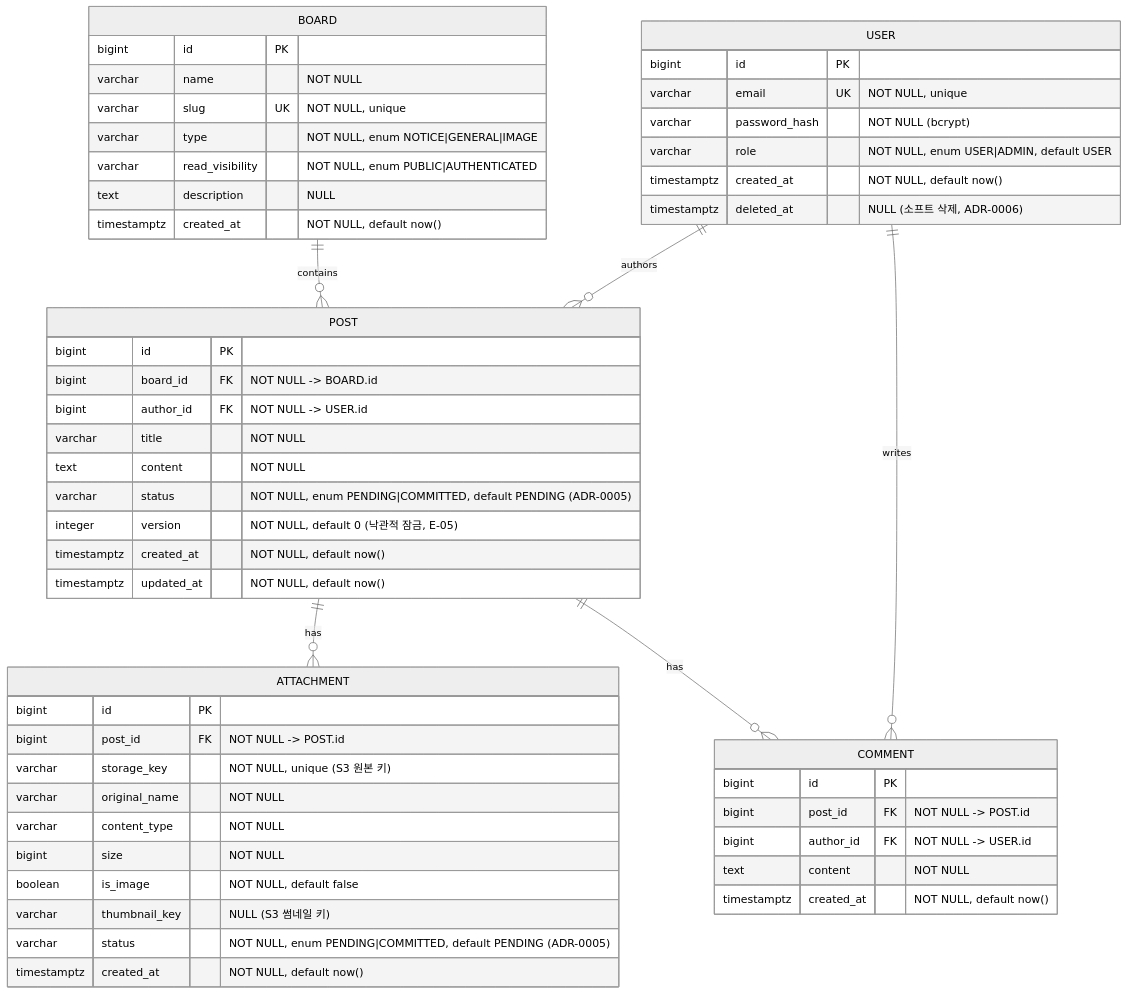
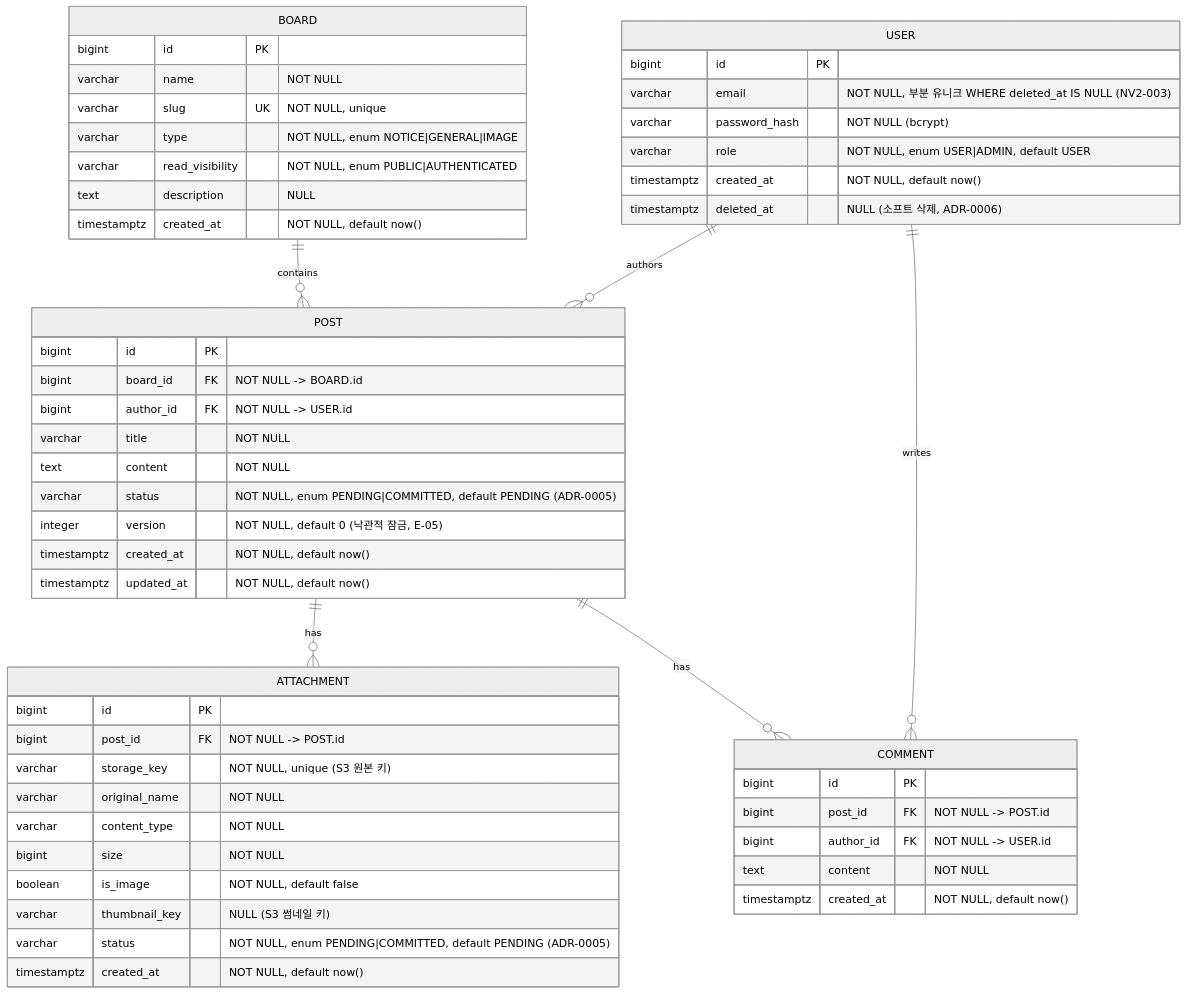
The diagram in docs/architecture/db-schema.md (dalli/boards), drawn with Mermaid (neutral theme) before and after one commit. The commit also changed other lines of this file and 7 other files, not shown here.

````diff
--- a/docs/architecture/db-schema.md
+++ b/docs/architecture/db-schema.md
@@ -5,56 +5,56 @@
 ```mermaid
 erDiagram
   USER ||--o{ POST : authors
   USER ||--o{ COMMENT : writes
   BOARD ||--o{ POST : contains
   POST ||--o{ ATTACHMENT : has
   POST ||--o{ COMMENT : has
 
   USER {
     bigint id PK
-    varchar email UK "NOT NULL, unique"
+    varchar email "NOT NULL, 부분 유니크 WHERE deleted_at IS NULL (NV2-003)"
     varchar password_hash "NOT NULL (bcrypt)"
     varchar role "NOT NULL, enum USER|ADMIN, default USER"
     timestamptz created_at "NOT NULL, default now()"
     timestamptz deleted_at "NULL (소프트 삭제, ADR-0006)"
   }
   BOARD {
     bigint id PK
     varchar name "NOT NULL"
     varchar slug UK "NOT NULL, unique"
     varchar type "NOT NULL, enum NOTICE|GENERAL|IMAGE"
     varchar read_visibility "NOT NULL, enum PUBLIC|AUTHENTICATED"
     text description "NULL"
     timestamptz created_at "NOT NULL, default now()"
   }
   POST {
     bigint id PK
     bigint board_id FK "NOT NULL -> BOARD.id"
     bigint author_id FK "NOT NULL -> USER.id"
     varchar title "NOT NULL"
     text content "NOT NULL"
     varchar status "NOT NULL, enum PENDING|COMMITTED, default PENDING (ADR-0005)"
     integer version "NOT NULL, default 0 (낙관적 잠금, E-05)"
     timestamptz created_at "NOT NULL, default now()"
     timestamptz updated_at "NOT NULL, default now()"
   }
   ATTACHMENT {
     bigint id PK
     bigint post_id FK "NOT NULL -> POST.id"
     varchar storage_key "NOT NULL, unique (S3 원본 키)"
     varchar original_name "NOT NULL"
     varchar content_type "NOT NULL"
     bigint size "NOT NULL"
     boolean is_image "NOT NULL, default false"
     varchar thumbnail_key "NULL (S3 썸네일 키)"
     varchar status "NOT NULL, enum PENDING|COMMITTED, default PENDING (ADR-0005)"
     timestamptz created_at "NOT NULL, default now()"
   }
   COMMENT {
     bigint id PK
     bigint post_id FK "NOT NULL -> POST.id"
     bigint author_id FK "NOT NULL -> USER.id"
     text content "NOT NULL"
     timestamptz created_at "NOT NULL, default now()"
   }
 ```
````
